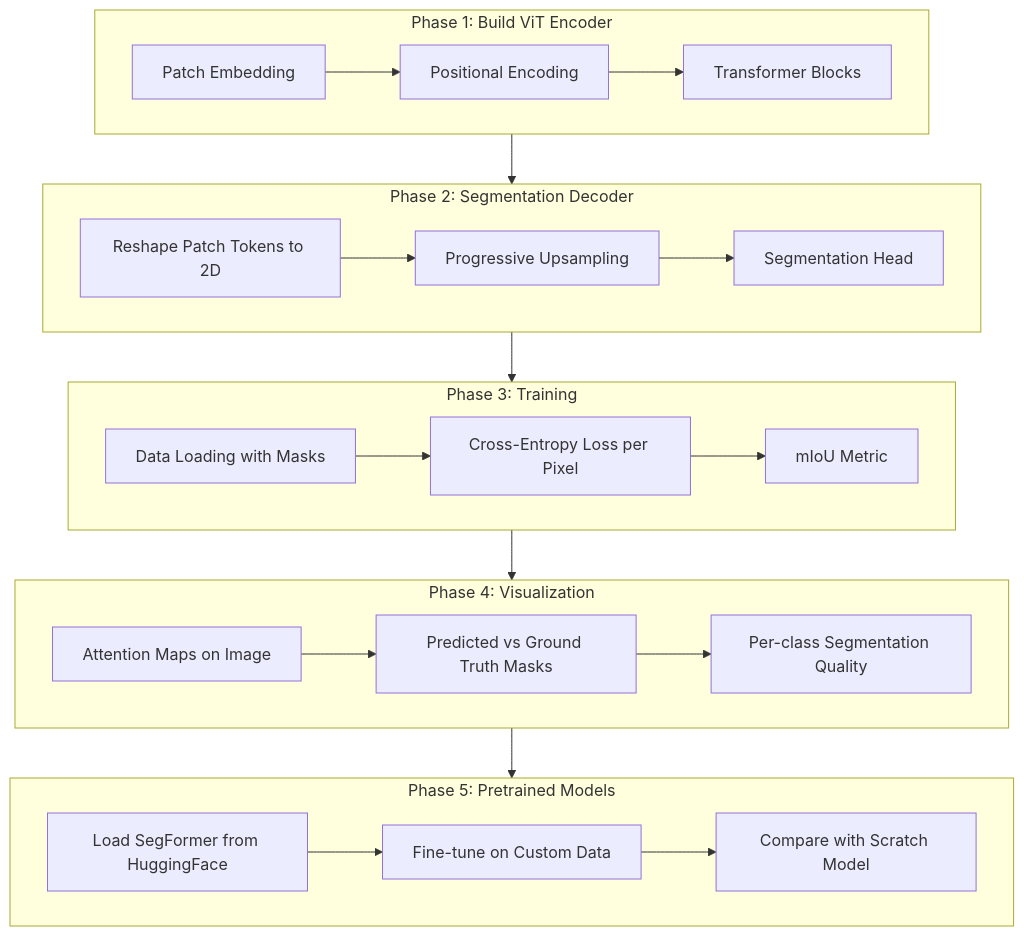
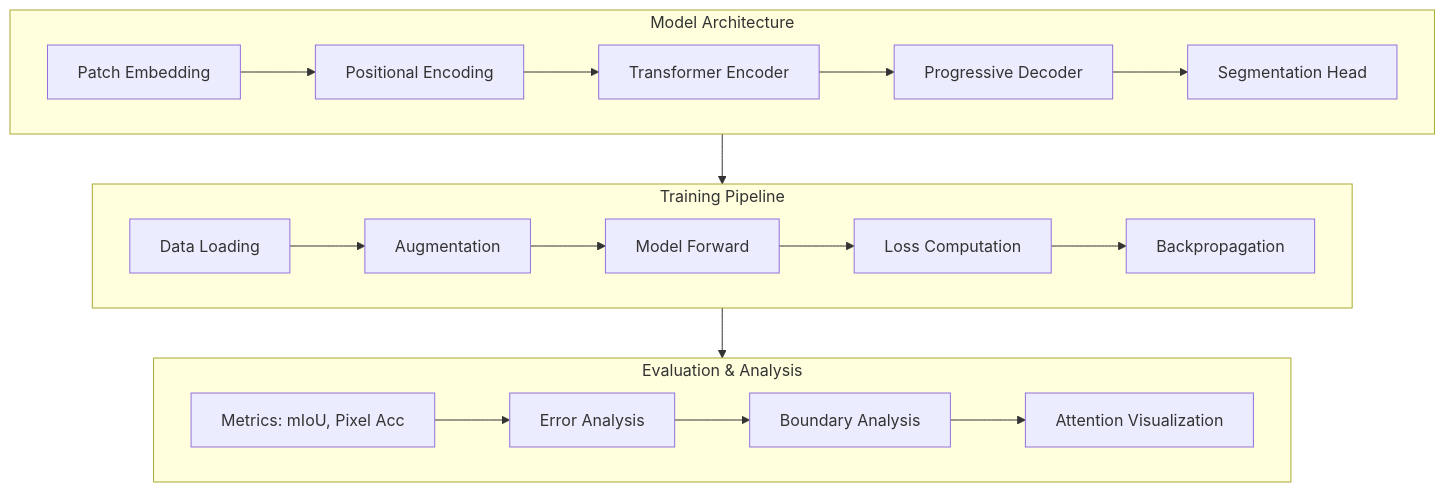
One commit to FaranIdo/learn-vit-segmentation changed the second of 2 diagrams in vit_tutorial_plan.md. Above: the diagram before and after it, drawn with Mermaid. The commit also changed other lines of this file and 1 other file, not shown here.

````diff
--- a/vit_tutorial_plan.md
+++ b/vit_tutorial_plan.md
@@ -31,29 +52,24 @@
 ```mermaid
 flowchart TB
-    subgraph phase1 [Phase 1: Build ViT Encoder]
+    subgraph architecture [Model Architecture]
         A[Patch Embedding] --> B[Positional Encoding]
-        B --> C[Transformer Blocks]
+        B --> C[Transformer Encoder]
+        C --> D[Progressive Decoder]
+        D --> E[Segmentation Head]
     end
     
-    subgraph phase2 [Phase 2: Segmentation Decoder]
-        D[Reshape Patch Tokens to 2D] --> E[Progressive Upsampling]
-        E --> F[Segmentation Head]
+    subgraph training [Training Pipeline]
+        F[Data Loading] --> G[Augmentation]
+        G --> H[Model Forward]
+        H --> I[Loss Computation]
+        I --> J[Backpropagation]
     end
     
-    subgraph phase3 [Phase 3: Training]
-        G[Data Loading with Masks] --> H[Cross-Entropy Loss per Pixel]
-        H --> I[mIoU Metric]
+    subgraph evaluation [Evaluation & Analysis]
+        K[Metrics: mIoU, Pixel Acc] --> L[Error Analysis]
+        L --> M[Boundary Analysis]
+        M --> N[Attention Visualization]
     end
     
-    subgraph phase4 [Phase 4: Visualization]
-        J[Attention Maps on Image] --> K[Predicted vs Ground Truth Masks]
-        K --> L[Per-class Segmentation Quality]
-    end
-    
-    subgraph phase5 [Phase 5: Pretrained Models]
-        M[Load SegFormer from HuggingFace] --> N[Fine-tune on Custom Data]
-        N --> O[Compare with Scratch Model]
-    end
-    
-    phase1 --> phase2 --> phase3 --> phase4 --> phase5
+    architecture --> training --> evaluation
 ```
````
